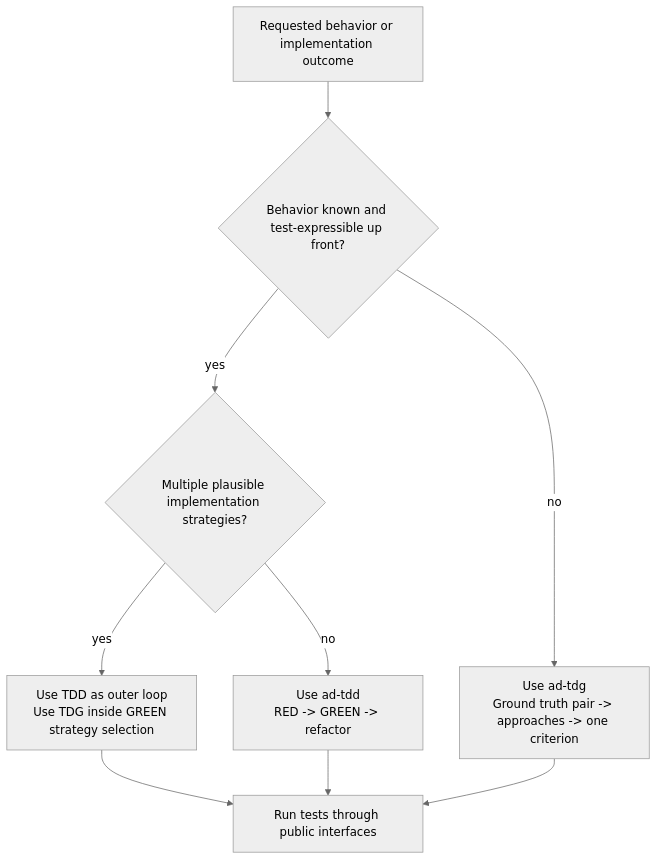
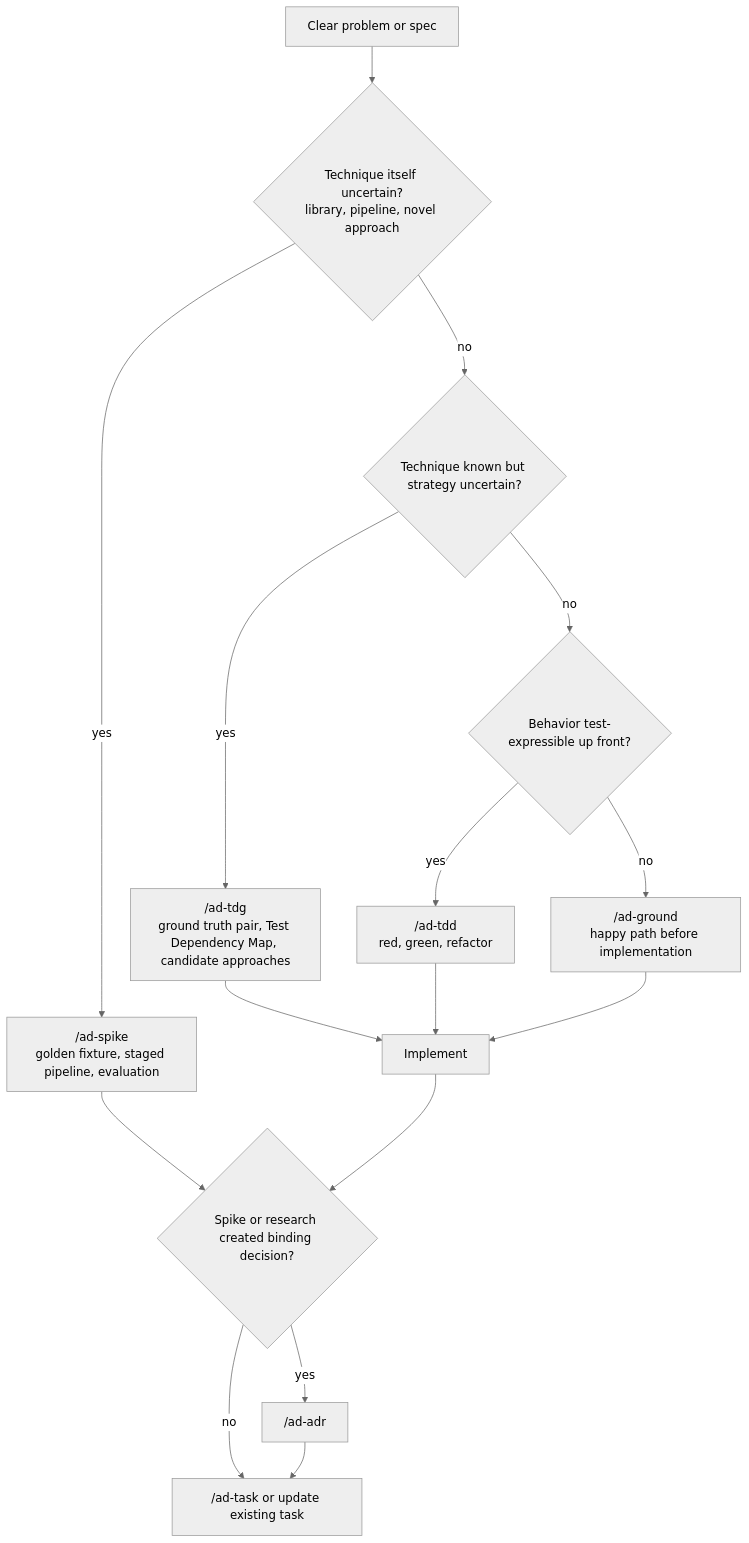
One commit to alexandremendoncaalvaro/agentic-development changed the sixth of 9 diagrams in WORKFLOW-FLOWS.md. Above: the diagram before and after it, drawn with Mermaid (neutral theme). The commit also changed other lines of this file, not shown here.

First line of the commit message:
docs(workflow): route flows by installed skill scenario

````diff
--- a/WORKFLOW-FLOWS.md
+++ b/WORKFLOW-FLOWS.md
@@ -169,19 +222,31 @@
 ```mermaid
 flowchart TD
-    Change["Requested behavior or implementation outcome"]
-    KnownBehavior{"Behavior known and test-expressible up front?"}
-    StrategyUncertain{"Multiple plausible implementation strategies?"}
-    Tdd["Use ad-tdd<br>RED -> GREEN -> refactor"]
-    Tdg["Use ad-tdg<br>Ground truth pair -> approaches -> one criterion"]
-    Hybrid["Use TDD as outer loop<br>Use TDG inside GREEN strategy selection"]
-    Verify["Run tests through public interfaces"]
+    Clear["Clear problem or spec"]
+    TechniqueUnknown{"Technique itself uncertain?<br>library, pipeline, novel approach"}
+    Spike["/ad-spike<br>golden fixture, staged pipeline, evaluation"]
+    TechniqueKnown{"Technique known but strategy uncertain?"}
+    Tdg["/ad-tdg<br>ground truth pair, Test Dependency Map, candidate approaches"]
+    BehaviorKnown{"Behavior test-expressible up front?"}
+    Tdd["/ad-tdd<br>red, green, refactor"]
+    Ground["/ad-ground<br>happy path before implementation"]
+    Implement["Implement"]
+    AdrNeeded{"Spike or research created binding decision?"}
+    Adr["/ad-adr"]
+    Task["/ad-task or update existing task"]
 
-    Change --> KnownBehavior
-    KnownBehavior -->|yes| StrategyUncertain
-    StrategyUncertain -->|yes| Hybrid
-    StrategyUncertain -->|no| Tdd
-    KnownBehavior -->|no| Tdg
-    Tdd --> Verify
-    Tdg --> Verify
-    Hybrid --> Verify
+    Clear --> TechniqueUnknown
+    TechniqueUnknown -->|yes| Spike
+    TechniqueUnknown -->|no| TechniqueKnown
+    Spike --> AdrNeeded
+    TechniqueKnown -->|yes| Tdg
+    TechniqueKnown -->|no| BehaviorKnown
+    BehaviorKnown -->|yes| Tdd
+    BehaviorKnown -->|no| Ground
+    Tdg --> Implement
+    Tdd --> Implement
+    Ground --> Implement
+    Implement --> AdrNeeded
+    AdrNeeded -->|yes| Adr
+    AdrNeeded -->|no| Task
+    Adr --> Task
 ```
````
